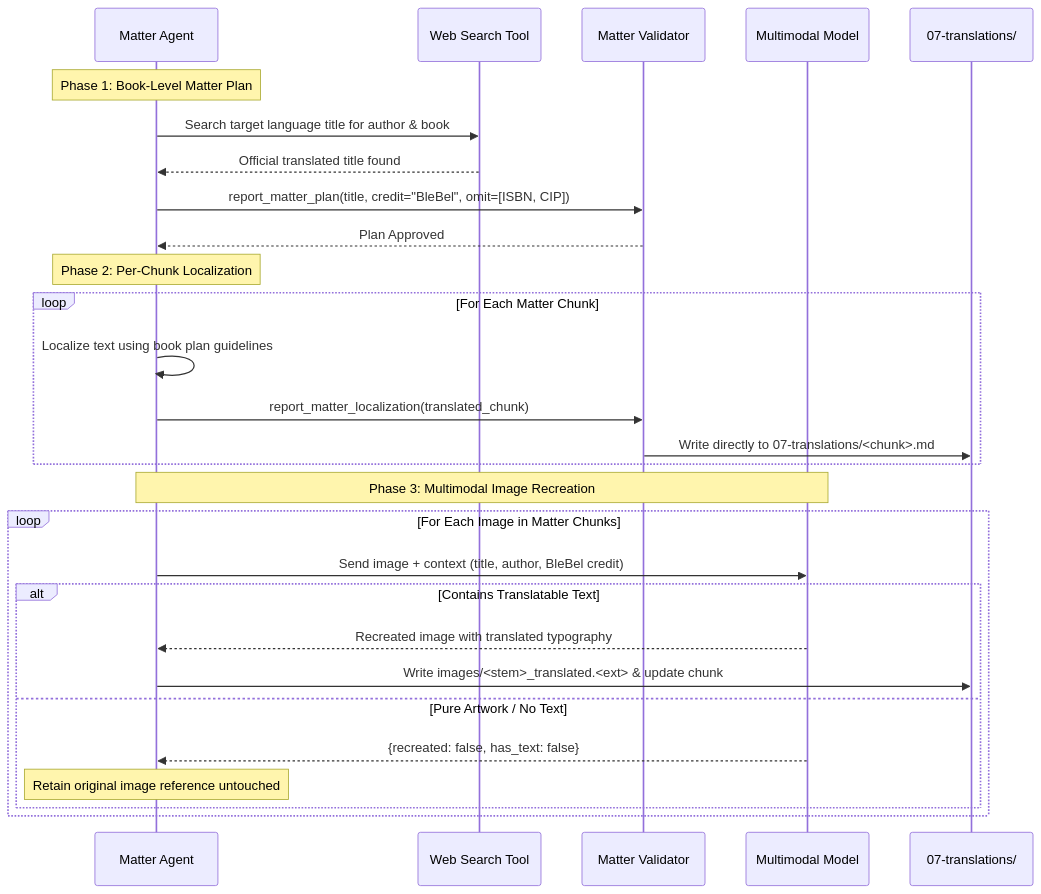
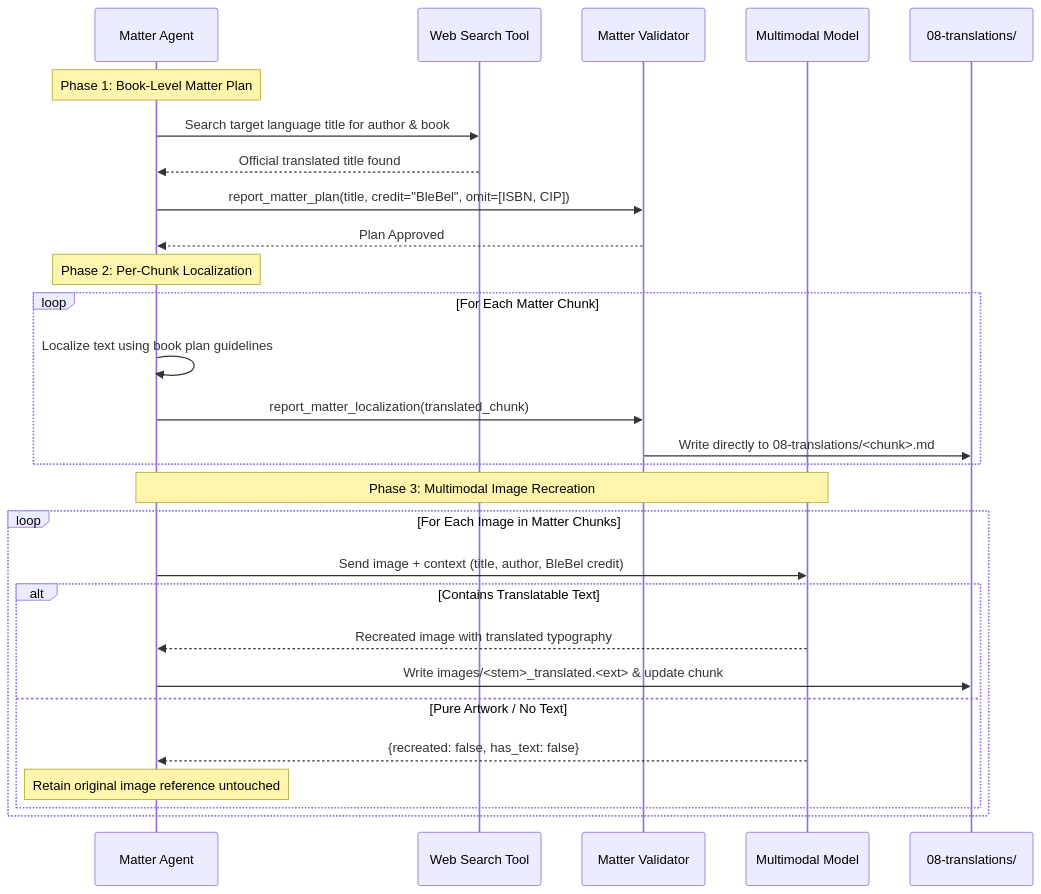
The third of 3 diagrams in docs/architecture/langgraph-agents.md (jovistos/blebel-ai-book-translator), drawn with Mermaid before and after one commit. The commit also changed other lines of this file and 88 other files, not shown here.

````diff
--- a/docs/architecture/langgraph-agents.md
+++ b/docs/architecture/langgraph-agents.md
@@ -129,33 +129,33 @@
 ```mermaid
 sequenceDiagram
     participant Agent as Matter Agent
     participant Web as Web Search Tool
     participant Validator as Matter Validator
     participant MModel as Multimodal Model
-    participant Disk as 07-translations/
+    participant Disk as 08-translations/
 
     Note over Agent: Phase 1: Book-Level Matter Plan
     Agent->>Web: Search target language title for author & book
     Web-->>Agent: Official translated title found
     Agent->>Validator: report_matter_plan(title, credit="BleBel", omit=[ISBN, CIP])
     Validator-->>Agent: Plan Approved
 
     Note over Agent: Phase 2: Per-Chunk Localization
     loop For Each Matter Chunk
         Agent->>Agent: Localize text using book plan guidelines
         Agent->>Validator: report_matter_localization(translated_chunk)
-        Validator->>Disk: Write directly to 07-translations/<chunk>.md
+        Validator->>Disk: Write directly to 08-translations/<chunk>.md
     end
 
     Note over Agent,MModel: Phase 3: Multimodal Image Recreation
     loop For Each Image in Matter Chunks
         Agent->>MModel: Send image + context (title, author, BleBel credit)
         alt Contains Translatable Text
             MModel-->>Agent: Recreated image with translated typography
             Agent->>Disk: Write images/<stem>_translated.<ext> & update chunk
         else Pure Artwork / No Text
             MModel-->>Agent: {recreated: false, has_text: false}
             Note over Agent: Retain original image reference untouched
         end
     end
 ```
````
